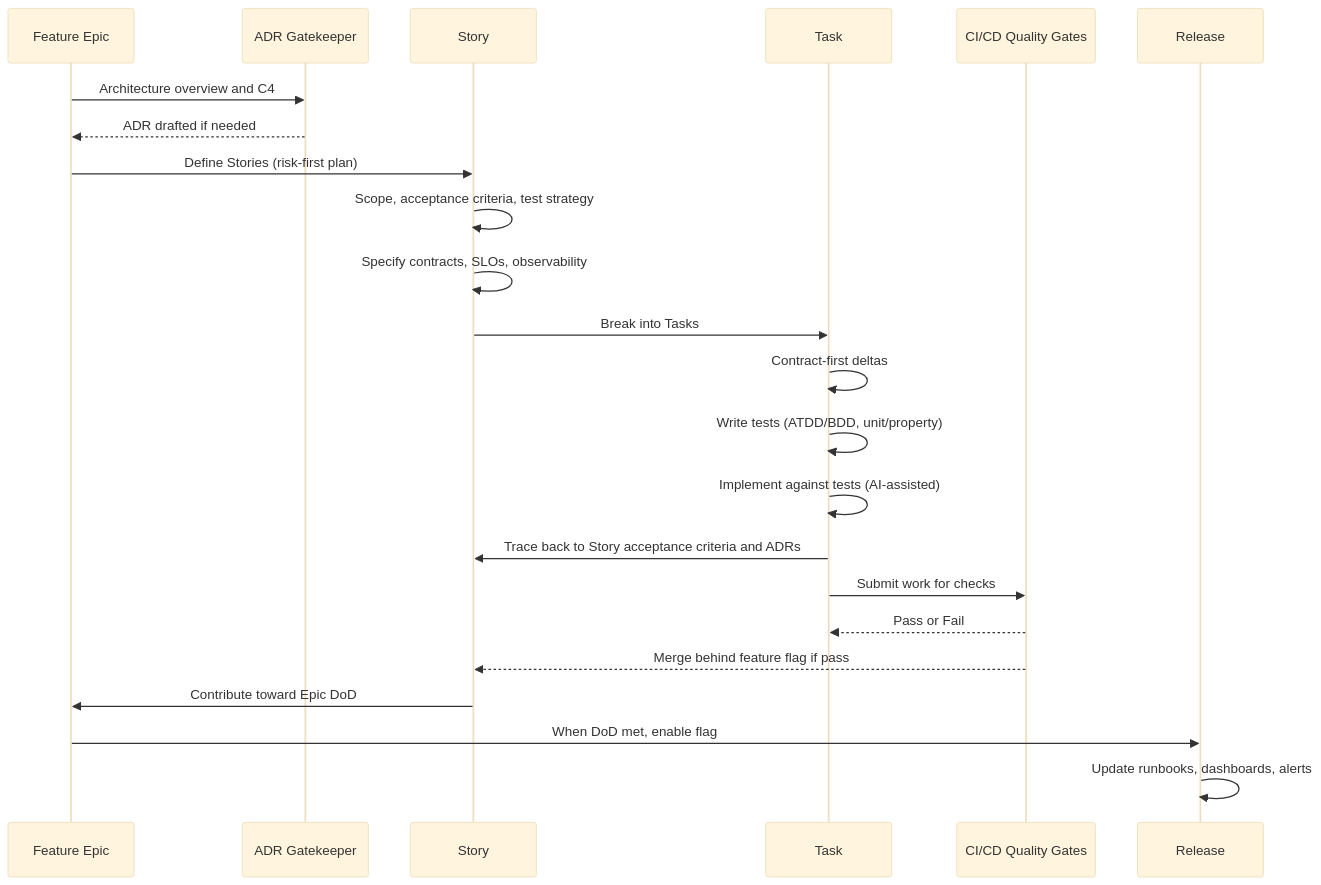
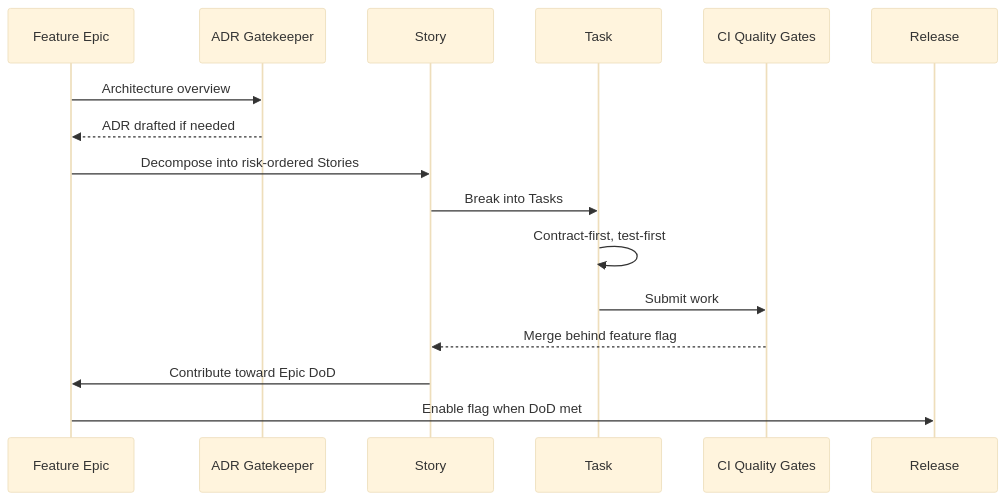
The diagram in README.md (crashtestbrandt/AIDD), drawn with Mermaid (base theme) before and after one commit. The commit also changed other lines of this file and 23 other files, not shown here.

````diff
--- a/README.md
+++ b/README.md
@@ -75,31 +16,22 @@
 ```mermaid
 sequenceDiagram
     participant Epic as Feature Epic
     participant ADR as ADR Gatekeeper
     participant Story as Story
     participant Task as Task
-    participant CI as CI/CD Quality Gates
+    participant CI as CI Quality Gates
     participant Release as Release
 
-    Epic->>ADR: Architecture overview and C4
+    Epic->>ADR: Architecture overview
     ADR-->>Epic: ADR drafted if needed
 
-    Epic->>Story: Define Stories (risk-first plan)
-    Story->>Story: Scope, acceptance criteria, test strategy
-    Story->>Story: Specify contracts, SLOs, observability
+    Epic->>Story: Decompose into risk-ordered Stories
     Story->>Task: Break into Tasks
 
-    Task->>Task: Contract-first deltas
-    Task->>Task: Write tests (ATDD/BDD, unit/property)
-    Task->>Task: Implement against tests (AI-assisted)
-    Task->>Story: Trace back to Story acceptance criteria and ADRs
-
-    Task->>CI: Submit work for checks
-    CI-->>Task: Pass or Fail
-    CI-->>Story: Merge behind feature flag if pass
+    Task->>Task: Contract-first, test-first
+    Task->>CI: Submit work
+    CI-->>Story: Merge behind feature flag
 
     Story->>Epic: Contribute toward Epic DoD
-    Epic->>Release: When DoD met, enable flag
-    Release->>Release: Update runbooks, dashboards, alerts
-
+    Epic->>Release: Enable flag when DoD met
 ```
````
